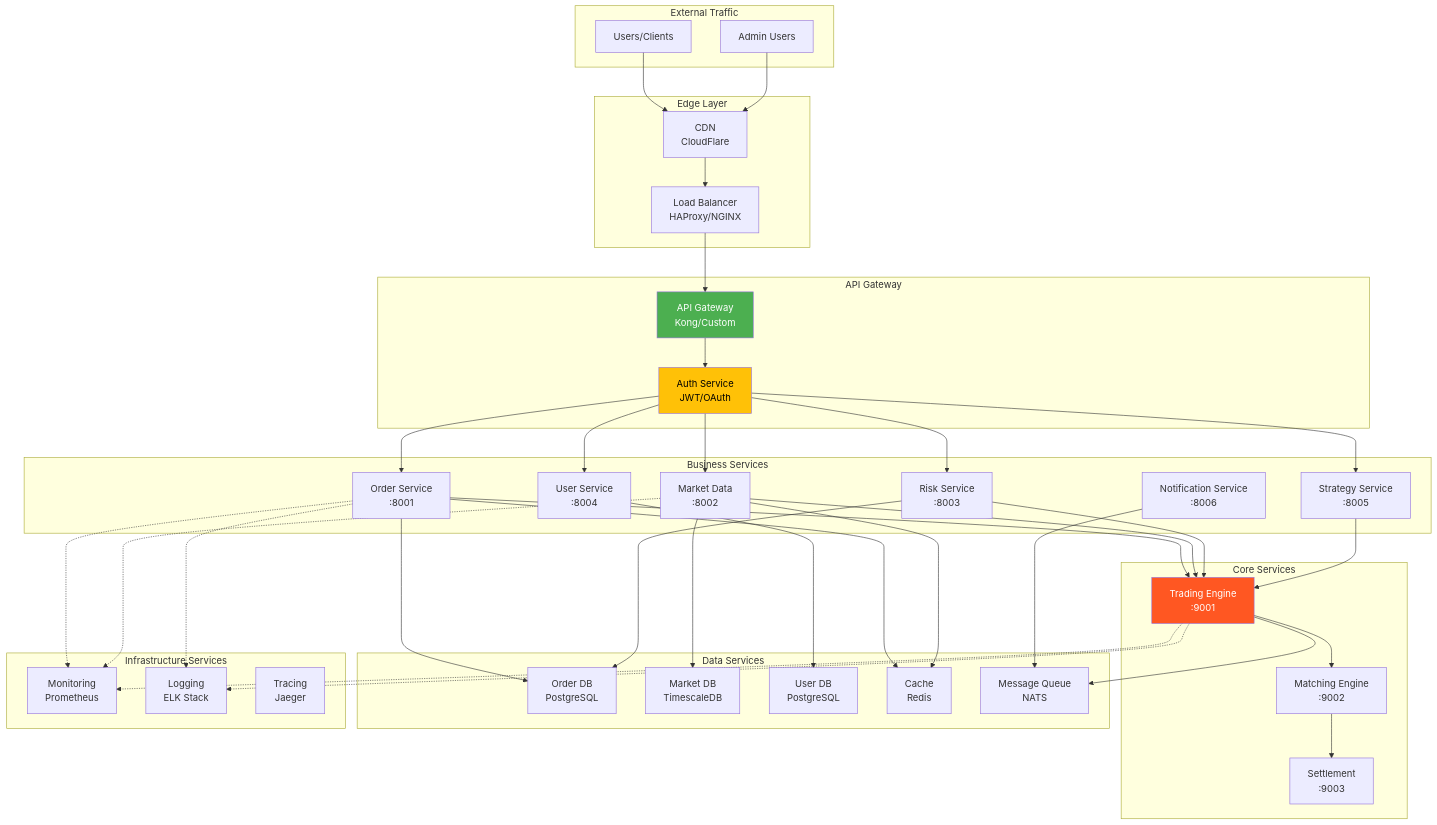
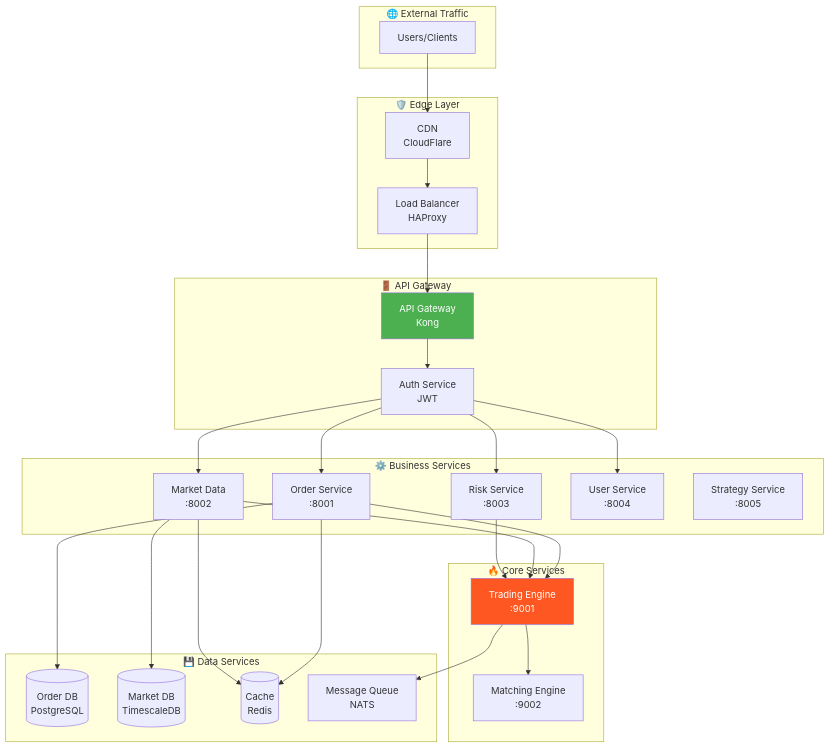
Before and after one commit to abdoElHodaky/tradSys: the ninth of 52 diagrams in diagrams.md, drawn with Mermaid. The commit also changed other lines of this file, not shown here.

````diff
--- a/diagrams.md
+++ b/diagrams.md
@@ -615,51 +273,40 @@
 ```mermaid
 graph TB
-    subgraph "External Traffic"
-        USERS[Users/Clients]
-        ADMIN[Admin Users]
+    subgraph External["🌐 External Traffic"]
+        USERS["Users/Clients"]
     end
     
-    subgraph "Edge Layer"
-        LB[Load Balancer<br/>HAProxy/NGINX]
-        CDN[CDN<br/>CloudFlare]
+    subgraph Edge["🛡️ Edge Layer"]
+        LB["Load Balancer<br/>HAProxy"]
+        CDN["CDN<br/>CloudFlare"]
     end
     
-    subgraph "API Gateway"
-        APIGW[API Gateway<br/>Kong/Custom]
-        AUTH[Auth Service<br/>JWT/OAuth]
+    subgraph Gateway["🚪 API Gateway"]
+        APIGW["API Gateway<br/>Kong"]
+        AUTH["Auth Service<br/>JWT"]
     end
     
-    subgraph "Business Services"
-        MS1[Order Service<br/>:8001]
-        MS2[Market Data<br/>:8002]
-        MS3[Risk Service<br/>:8003]
-        MS4[User Service<br/>:8004]
-        MS5[Strategy Service<br/>:8005]
-        MS6[Notification Service<br/>:8006]
+    subgraph Services["⚙️ Business Services"]
+        MS1["Order Service<br/>:8001"]
+        MS2["Market Data<br/>:8002"]
+        MS3["Risk Service<br/>:8003"]
+        MS4["User Service<br/>:8004"]
+        MS5["Strategy Service<br/>:8005"]
     end
     
-    subgraph "Core Services"
-        CORE1[Trading Engine<br/>:9001]
-        CORE2[Matching Engine<br/>:9002]
-        CORE3[Settlement<br/>:9003]
+    subgraph Core["🔥 Core Services"]
+        CORE1["Trading Engine<br/>:9001"]
+        CORE2["Matching Engine<br/>:9002"]
     end
     
-    subgraph "Data Services"
-        DS1[Order DB<br/>PostgreSQL]
-        DS2[Market DB<br/>TimescaleDB]
-        DS3[User DB<br/>PostgreSQL]
-        DS4[Cache<br/>Redis]
-        DS5[Message Queue<br/>NATS]
-    end
-    
-    subgraph "Infrastructure Services"
-        INF1[Monitoring<br/>Prometheus]
-        INF2[Logging<br/>ELK Stack]
-        INF3[Tracing<br/>Jaeger]
+    subgraph Data["💾 Data Services"]
+        DS1[("Order DB<br/>PostgreSQL")]
+        DS2[("Market DB<br/>TimescaleDB")]
+        DS3[("Cache<br/>Redis")]
+        DS4["Message Queue<br/>NATS"]
     end
     
     USERS --> CDN
-    ADMIN --> CDN
     CDN --> LB
     LB --> APIGW
     
@@ -668,35 +315,19 @@
     AUTH --> MS2
     AUTH --> MS3
     AUTH --> MS4
-    AUTH --> MS5
     
     MS1 --> CORE1
     MS2 --> CORE1
     MS3 --> CORE1
-    MS5 --> CORE1
     
     CORE1 --> CORE2
-    CORE2 --> CORE3
     
     MS1 --> DS1
     MS2 --> DS2
-    MS3 --> DS1
-    MS4 --> DS3
-    
-    MS1 --> DS4
-    MS2 --> DS4
-    
-    CORE1 --> DS5
-    MS6 --> DS5
-    
-    MS1 -.-> INF1
-    MS2 -.-> INF1
-    CORE1 -.-> INF1
-    
-    MS1 -.-> INF2
-    CORE1 -.-> INF2
+    MS1 --> DS3
+    MS2 --> DS3
+    CORE1 --> DS4
     
     style APIGW fill:#4CAF50,color:#fff
     style CORE1 fill:#FF5722,color:#fff
-    style AUTH fill:#FFC107,color:#000
 ```
````
